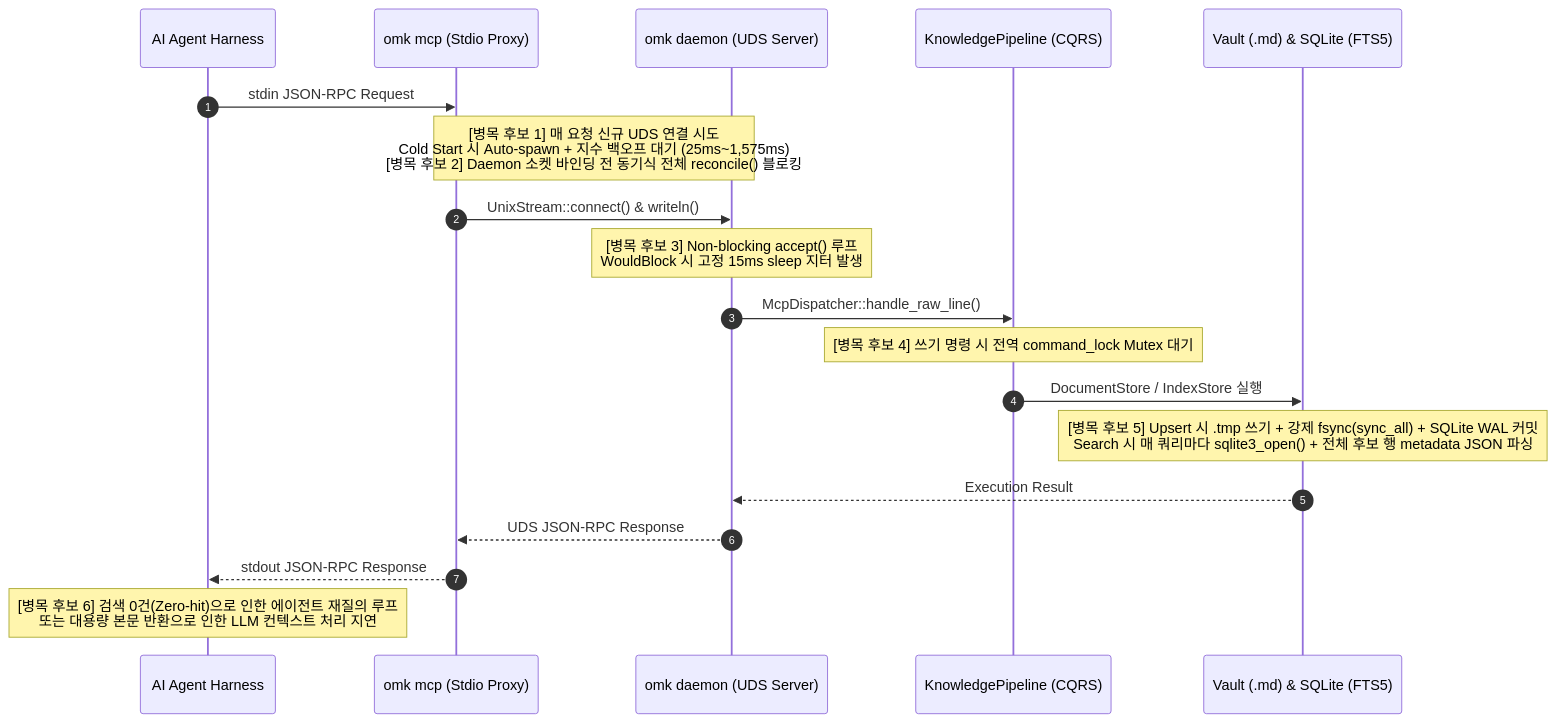
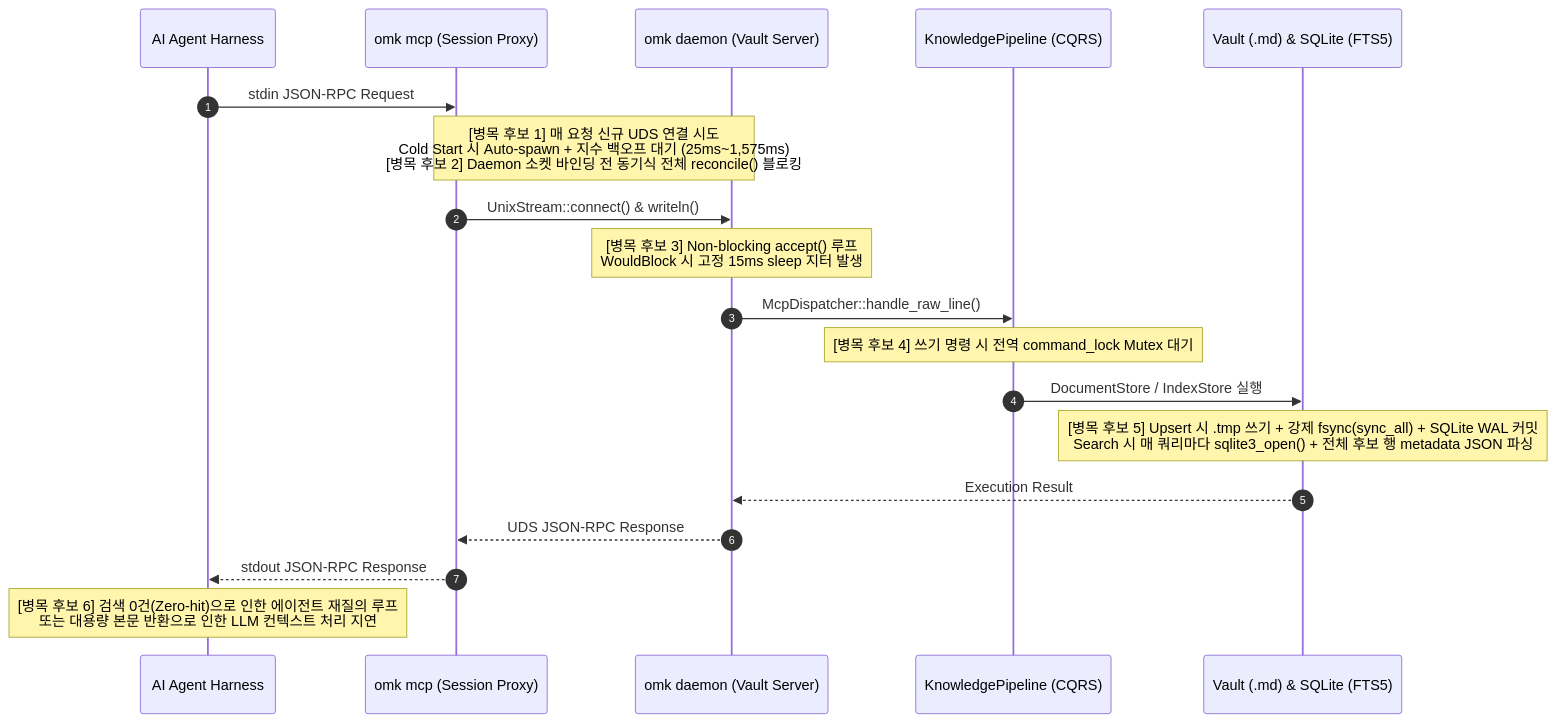
Before and after one commit to JeHuiPark/omk: the diagram in docs/requirements/features/EPIC-OBS-01.md, drawn with Mermaid. The commit also changed other lines of this file and 14 other files, not shown here.

First line of the commit message:
refactor: Unify Vault Server and Session Proxy terminology across docs, CLI, and tests

````diff
--- a/docs/requirements/features/EPIC-OBS-01.md
+++ b/docs/requirements/features/EPIC-OBS-01.md
@@ -38,22 +38,22 @@
 ```mermaid
 sequenceDiagram
     autonumber
     participant Agent as AI Agent Harness
-    participant Proxy as omk mcp (Stdio Proxy)
-    participant Daemon as omk daemon (UDS Server)
+    participant Proxy as omk mcp (Session Proxy)
+    participant Daemon as omk daemon (Vault Server)
     participant Core as KnowledgePipeline (CQRS)
     participant Storage as Vault (.md) & SQLite (FTS5)
 
     Agent->>Proxy: stdin JSON-RPC Request
     Note over Proxy,Daemon: [병목 후보 1] 매 요청 신규 UDS 연결 시도<br/>Cold Start 시 Auto-spawn + 지수 백오프 대기 (25ms~1,575ms)<br/>[병목 후보 2] Daemon 소켓 바인딩 전 동기식 전체 reconcile() 블로킹
     Proxy->>Daemon: UnixStream::connect() & writeln()
     Note over Daemon: [병목 후보 3] Non-blocking accept() 루프<br/>WouldBlock 시 고정 15ms sleep 지터 발생
     Daemon->>Core: McpDispatcher::handle_raw_line()
     Note over Core: [병목 후보 4] 쓰기 명령 시 전역 command_lock Mutex 대기
     Core->>Storage: DocumentStore / IndexStore 실행
     Note over Storage: [병목 후보 5] Upsert 시 .tmp 쓰기 + 강제 fsync(sync_all) + SQLite WAL 커밋<br/>Search 시 매 쿼리마다 sqlite3_open() + 전체 후보 행 metadata JSON 파싱
     Storage-->>Daemon: Execution Result
     Daemon-->>Proxy: UDS JSON-RPC Response
     Proxy-->>Agent: stdout JSON-RPC Response
     Note over Agent: [병목 후보 6] 검색 0건(Zero-hit)으로 인한 에이전트 재질의 루프<br/>또는 대용량 본문 반환으로 인한 LLM 컨텍스트 처리 지연
 ```
````
